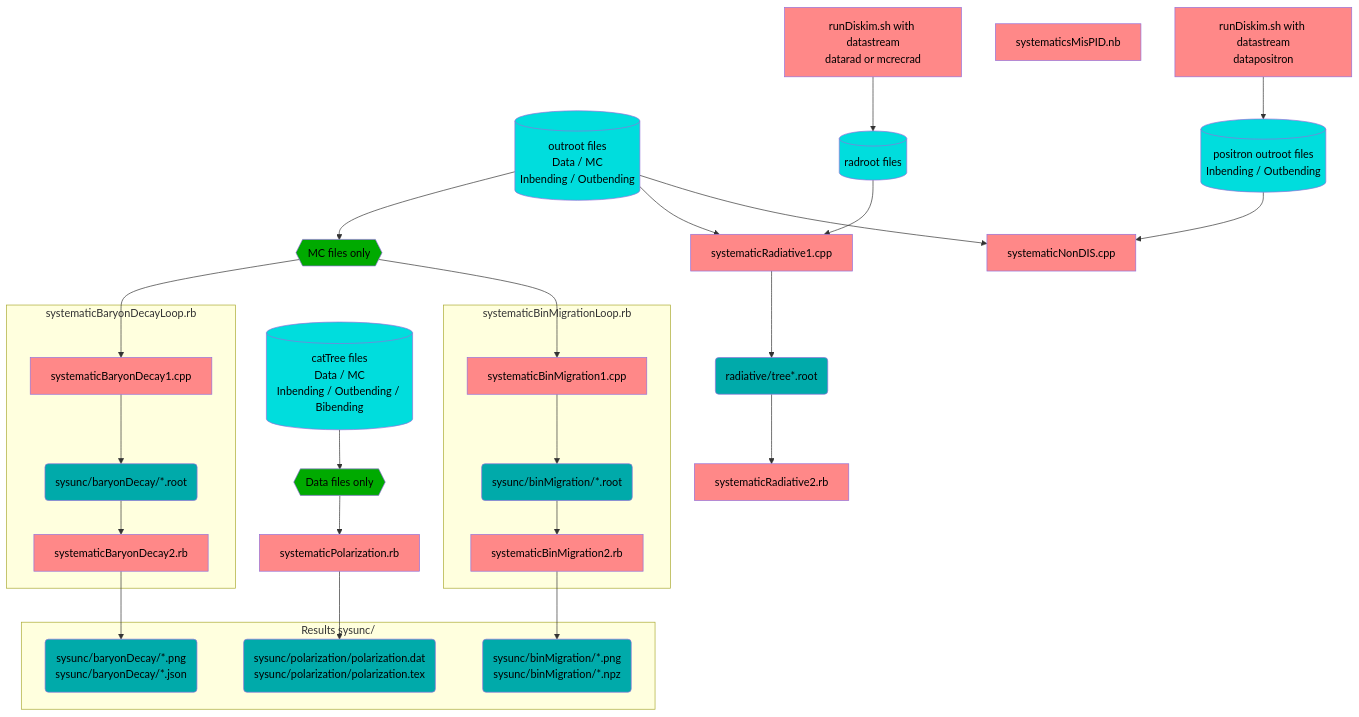
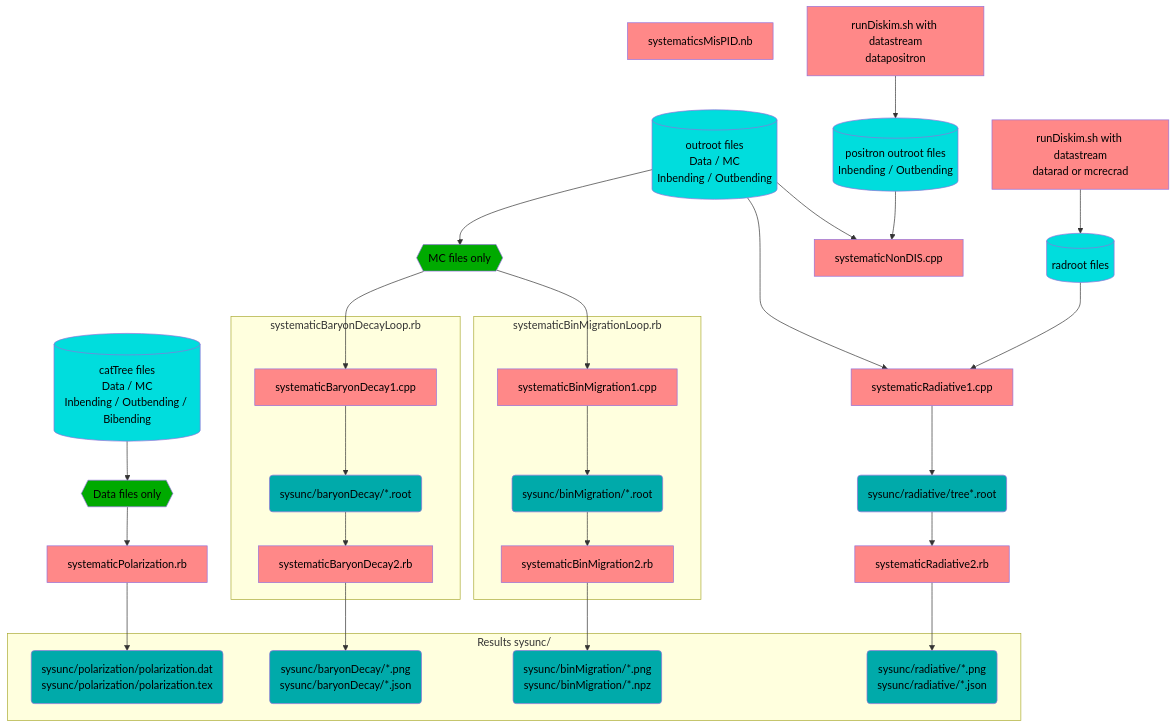
Before and after one commit to c-dilks/dispin: the second of 2 diagrams in README.md, drawn with Mermaid. The commit also changed 2 other files, not shown here.

Commit message:
feat: radiative

````diff
--- a/README.md
+++ b/README.md
@@ -158,59 +158,61 @@
 ```mermaid
 flowchart TB
   classDef alg fill:#ff8888,color:black
   classDef data fill:#00aaaa,color:black
   classDef bigdata fill:#00dddd,color:black
   classDef op fill:#00aa00,color:black
 
   CatTrees[(catTree files<br/>Data / MC<br/>Inbending / Outbending / Bibending)]:::bigdata
   CatTreesOnlyData{{Data files only}}:::op
   CatTrees --> CatTreesOnlyData
 
   Outroots[(outroot files<br/>Data / MC<br/>Inbending / Outbending)]:::bigdata
   OutrootsOnlyMC{{MC files only}}:::op
   Outroots --> OutrootsOnlyMC
 
   PolAlg[systematicPolarization.rb]:::alg
   CatTreesOnlyData --> PolAlg
 
   subgraph systematicBaryonDecayLoop.rb
       BaryonAlg1[systematicBaryonDecay1.cpp]:::alg
       BaryonTrees(sysunc/baryonDecay/*.root):::data
       BaryonAlg2[systematicBaryonDecay2.rb]:::alg
   end
   OutrootsOnlyMC --> BaryonAlg1 --> BaryonTrees --> BaryonAlg2
 
   subgraph systematicBinMigrationLoop.rb
       MigrationAlg1[systematicBinMigration1.cpp]:::alg
       MigrationRoots(sysunc/binMigration/*.root):::data
       MigrationAlg2[systematicBinMigration2.rb]:::alg
   end
   OutrootsOnlyMC --> MigrationAlg1 --> MigrationRoots --> MigrationAlg2
 
   RunDiskimRad[runDiskim.sh with datastream<br/>datarad or mcrecrad]:::alg
   RadRoots[(radroot files)]:::bigdata
   RadAlg1[systematicRadiative1.cpp]:::alg
-  RadTrees(radiative/tree*.root):::data
+  RadTrees(sysunc/radiative/tree*.root):::data
   RadAlg2[systematicRadiative2.rb]:::alg
   Outroots --> RadAlg1
   RunDiskimRad --> RadRoots --> RadAlg1
   RadAlg1 --> RadTrees --> RadAlg2
 
   MisPID[systematicsMisPID.nb]:::alg
 
   RunDiskimPositron[runDiskim.sh with datastream<br/>datapositron]:::alg
   PositronRoots[(positron outroot files<br/>Inbending / Outbending)]:::bigdata
   PositronAlg[systematicNonDIS.cpp]:::alg
   RunDiskimPositron --> PositronRoots
   Outroots --> PositronAlg
   PositronRoots --> PositronAlg
 
   subgraph Results sysunc/
       PolResult(sysunc/polarization/polarization.dat<br/>sysunc/polarization/polarization.tex):::data
       BaryonResult(sysunc/baryonDecay/*.png<br/>sysunc/baryonDecay/*.json):::data
       MigrationResult(sysunc/binMigration/*.png<br/>sysunc/binMigration/*.npz):::data
+      RadResult(sysunc/radiative/*.png<br/>sysunc/radiative/*.json):::data
   end
   PolAlg        --> PolResult
   BaryonAlg2    --> BaryonResult
   MigrationAlg2 --> MigrationResult
+  RadAlg2       --> RadResult
 ```
````
